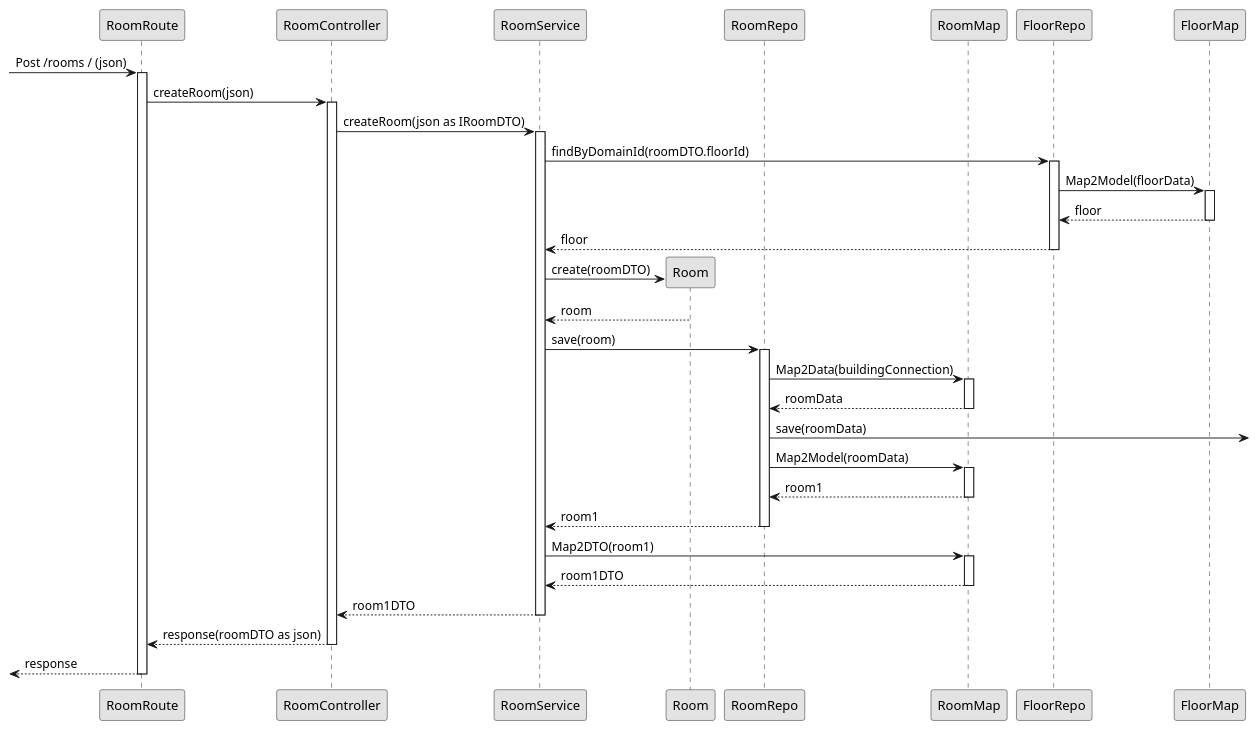
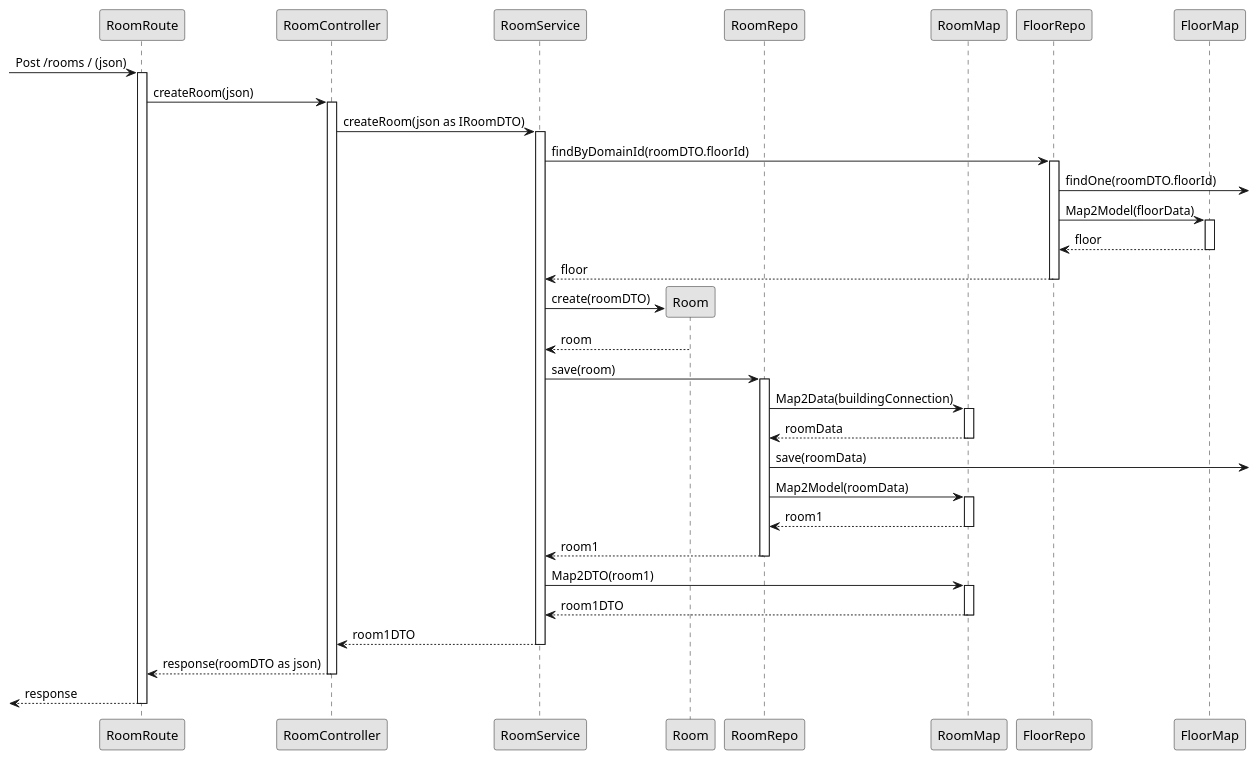
Before and after one commit to 1201293/sem5pi-23-24-68: the diagram in WikiMasterDataDevices/Vista Processos/US310/n3vp-us310.puml, drawn with PlantUML. The commit also changed 8 other files, not shown here.

```diff
--- a/WikiMasterDataDevices/Vista Processos/US310/n3vp-us310.puml
+++ b/WikiMasterDataDevices/Vista Processos/US310/n3vp-us310.puml
@@ -1,57 +1,58 @@
 @startuml
 'http://plantuml.com/skinparam.html
 skinparam monochrome true
 skinparam packageStyle rect
 skinparam shadowing false
 
 
 participant RoomRoute  as route
 participant RoomController as controller
 participant RoomService as service
 participant Room as domain
 participant RoomRepo as repo
 participant RoomMap as mapper
 participant FloorRepo as repoFloor
 participant FloorMap as mapperFloor
 
 -> route: Post /rooms / (json)
 activate route
   route -> controller: createRoom(json)
   activate controller
     controller -> service: createRoom(json as IRoomDTO)
     activate service
     service -> repoFloor: findByDomainId(roomDTO.floorId)
     activate repoFloor
+    repoFloor -> : findOne(roomDTO.floorId)
     repoFloor -> mapperFloor: Map2Model(floorData)
     activate mapperFloor
     mapperFloor --> repoFloor: floor
     deactivate
     repoFloor --> service: floor
     deactivate
     service -> domain**: create(roomDTO)
     domain --> service: room
     service -> repo: save(room)
     activate repo
     repo -> mapper:Map2Data(buildingConnection)
     activate mapper
     mapper --> repo: roomData
     deactivate
     repo -> : save(roomData)
     repo -> mapper: Map2Model(roomData)     
     activate mapper
     mapper --> repo: room1
     deactivate
     repo --> service: room1
     deactivate
     service -> mapper: Map2DTO(room1)
     activate mapper
     mapper--> service: room1DTO
     deactivate
     service --> controller: room1DTO
     deactivate
     controller --> route: response(roomDTO as json)
     deactivate
     <-- route: response
     deactivate
     
 @enduml
```
